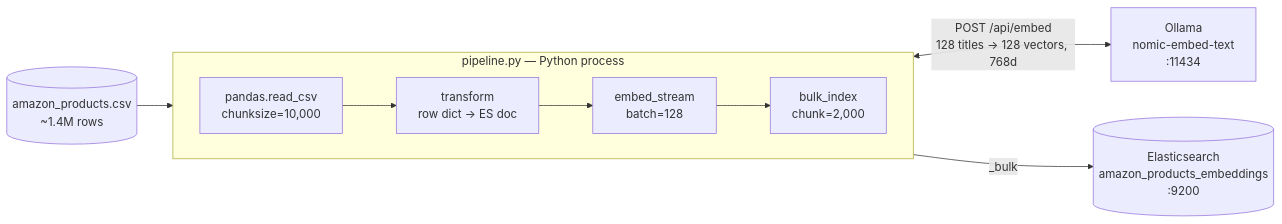
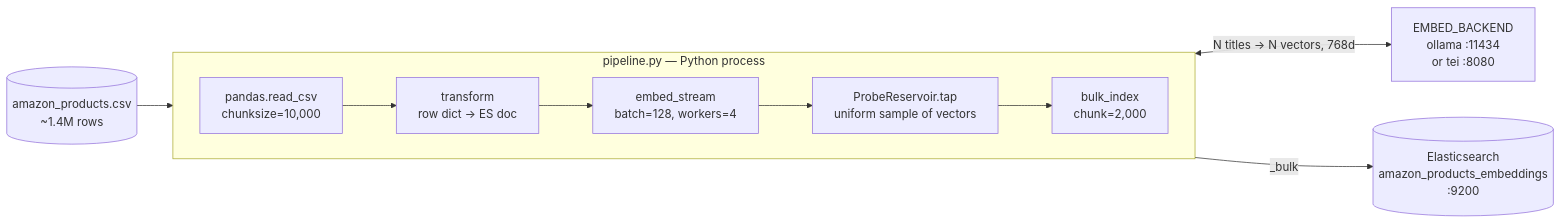
Before and after one commit to Guillaume-Gozillon/search-lab-ingest: the first of 7 diagrams in article-02-vector-ingestion/ARCHITECTURE.md, drawn with Mermaid. The commit also changed other lines of this file and 18 other files, not shown here.

First line of the commit message:
Add a TEI backend and run the embedding stage concurrently

````diff
--- a/article-02-vector-ingestion/ARCHITECTURE.md
+++ b/article-02-vector-ingestion/ARCHITECTURE.md
@@ -8,18 +10,19 @@
 ```mermaid
 flowchart LR
     CSV[("amazon_products.csv<br/>~1.4M rows")]
     subgraph PY["pipeline.py — Python process"]
         direction LR
         READ["pandas.read_csv<br/>chunksize=10,000"]
         TRANSFORM["transform<br/>row dict → ES doc"]
-        EMBED["embed_stream<br/>batch=128"]
+        EMBED["embed_stream<br/>batch=128, workers=4"]
+        TAP["ProbeReservoir.tap<br/>uniform sample of vectors"]
         BULK["bulk_index<br/>chunk=2,000"]
-        READ --> TRANSFORM --> EMBED --> BULK
+        READ --> TRANSFORM --> EMBED --> TAP --> BULK
     end
-    OLLAMA["Ollama<br/>nomic-embed-text<br/>:11434"]
+    BACKEND["EMBED_BACKEND<br/>ollama :11434<br/>or tei :8080"]
     ES[("Elasticsearch<br/>amazon_products_embeddings<br/>:9200")]
 
     CSV --> READ
-    EMBED <-->|"POST /api/embed<br/>128 titles → 128 vectors, 768d"| OLLAMA
+    EMBED <-->|"N titles → N vectors, 768d"| BACKEND
     BULK -->|"_bulk"| ES
 ```
````
